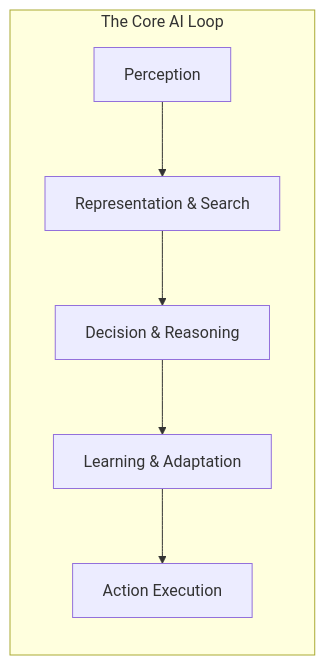
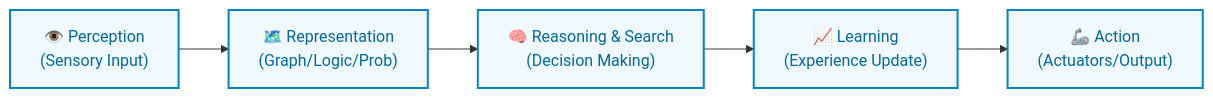
The second of 31 diagrams in README.md (shimulshoishob/Artificial_Intelligence_CSE366), drawn with Mermaid before and after one commit. The commit also changed other lines of this file, not shown here.

````diff
--- a/README.md
+++ b/README.md
@@ -155,9 +163,10 @@
 ```mermaid
 flowchart LR
-    subgraph Cycle [The Core AI Loop]
-        P[Perception] --> R[Representation & Search]
-        R --> D[Decision & Reasoning]
-        D --> L[Learning & Adaptation]
-        L --> A[Action Execution]
-    end
+    P["👁️ Perception<br>(Sensory Input)"] --> R["🗺️ Representation<br>(Graph/Logic/Prob)"]
+    R --> D["🧠 Reasoning & Search<br>(Decision Making)"]
+    D --> L["📈 Learning<br>(Experience Update)"]
+    L --> A["🦾 Action<br>(Actuators/Output)"]
+
+    classDef step fill:#f0f9ff,stroke:#0284c7,stroke-width:2px,color:#0369a1;
+    class P,R,D,L,A step;
 ```
````
